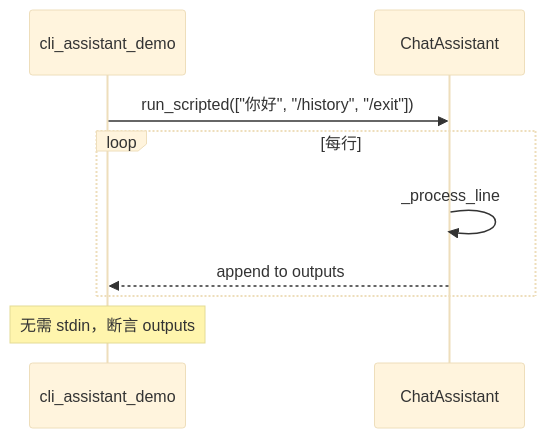
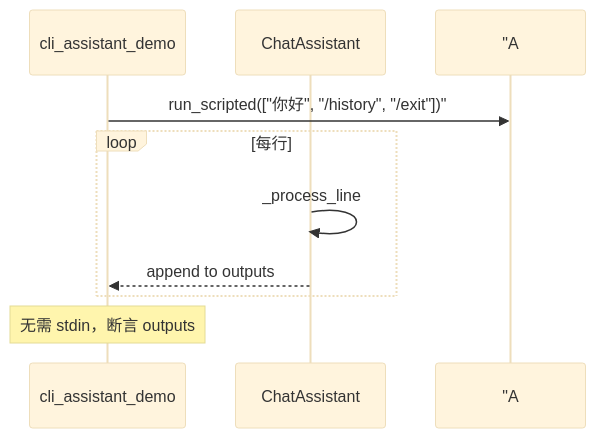
Before and after one commit to ab6539763/70_days_course_plus: the fourth of 6 diagrams in course/day14/04_流程图与示意图.md, drawn with Mermaid (base theme). The commit also changed other lines of this file and 134 other files, not shown here.

````diff
--- a/course/day14/04_流程图与示意图.md
+++ b/course/day14/04_流程图与示意图.md
@@ -72,11 +72,11 @@
 ```mermaid
 sequenceDiagram
     participant CI as cli_assistant_demo
     participant A as ChatAssistant
-    CI->>A: run_scripted(["你好", "/history", "/exit"])
+    CI->> "A: run_scripted(["你好", "/history", "/exit"])"
     loop 每行
         A->>A: _process_line
         A-->>CI: append to outputs
     end
     Note over CI: 无需 stdin，断言 outputs
 ```
````
